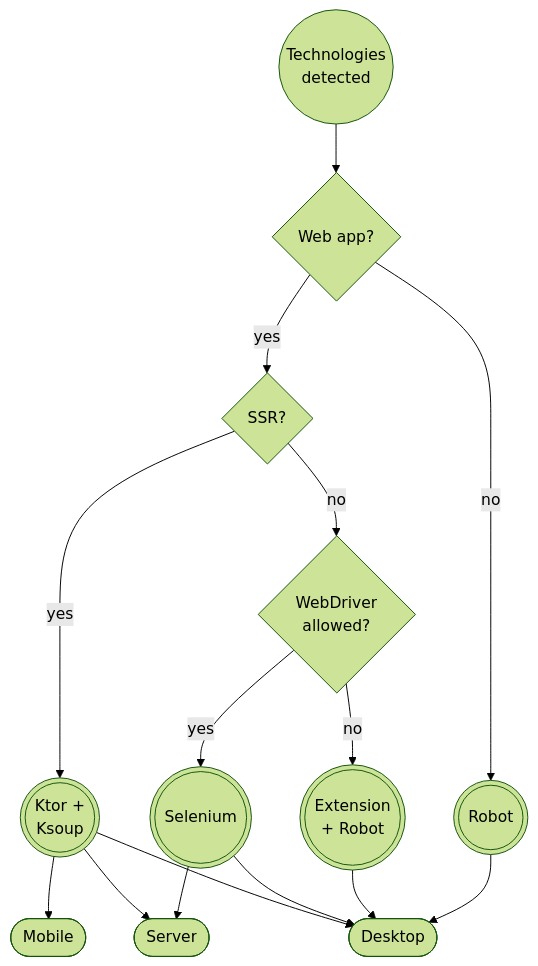
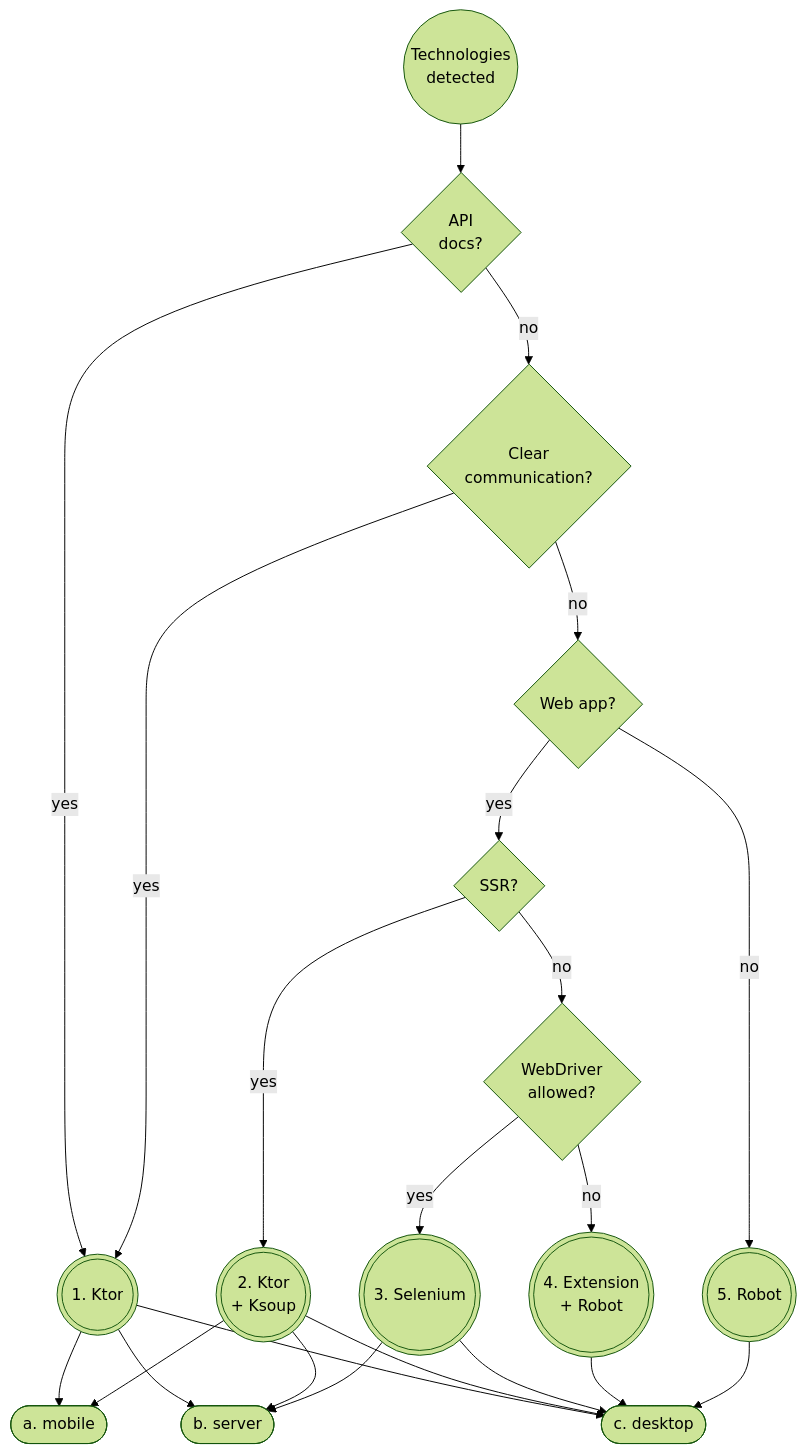
The second of 2 diagrams in README.md (apinkivi/apina), drawn with Mermaid (forest theme) before and after one commit.

Commit message:
Refactor implementation selection process in README.md to enhance clarity and structure

````diff
--- a/README.md
+++ b/README.md
@@ -29,19 +29,34 @@
 ```mermaid
 graph TD
 techs((Technologies<br>detected))
---> web{Web app?}
+--> api{API<br>docs?}
+-->|yes| ktor(((1. Ktor)))
+--> mobile([a. mobile])
+
+ktor --> server([b. server])
+
+ktor --> desktop([c. desktop])
+
+api -->|no| clear{Clear<br>communication?}
+-->|yes| ktor
+
+clear -->|no| web{Web app?}
 -->|yes| ssr{SSR?}
--->|yes| ktor(((Ktor +<br>Ksoup)))
---> mobile([Mobile])
+-->|yes| ksoup(((2. Ktor<br>+ Ksoup)))
+--> mobile
 
-ktor --> server([Server])
+ksoup --> server
 
-ktor --> desktop([Desktop])
+ksoup --> desktop
 
-ssr -->|no| driver{WebDriver<br>allowed?} -->|yes| selenium(((Selenium))) --> server
+ssr -->|no| driver{WebDriver<br>allowed?}
+-->|yes| selenium(((3. Selenium)))
+--> server
+
 selenium --> desktop
 
-driver -->|no| extension(((Extension<br>+ Robot))) --> desktop
+driver -->|no| extension(((4. Extension<br>+ Robot)))
+--> desktop
 
-web -->|no| robot(((Robot))) --> desktop
+web -->|no| robot(((5. Robot))) --> desktop
 ```
````
